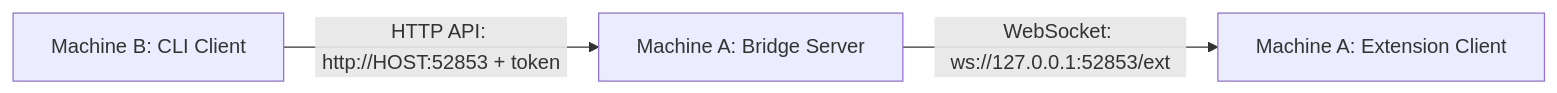
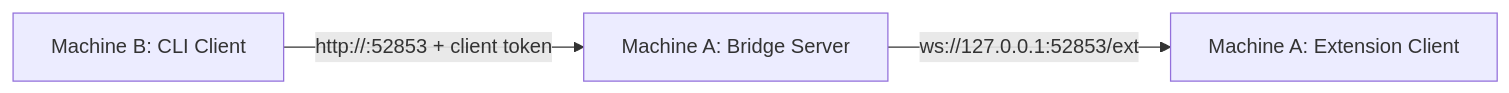
One commit to dreamhunter2333/browser-bridge-cli changed the third of 4 diagrams in README.md. Above: the diagram before and after it, drawn with Mermaid. The commit also changed other lines of this file and 1 other file, not shown here.

````diff
--- a/README.md
+++ b/README.md
@@ -87,9 +92,9 @@
 ```mermaid
 graph LR
     CLI["Machine B: CLI Client"]
     Bridge["Machine A: Bridge Server"]
     Ext["Machine A: Extension Client"]
 
-    CLI -->|"HTTP API: http://HOST:52853 + token"| Bridge
-    Bridge -->|"WebSocket: ws://127.0.0.1:52853/ext"| Ext
+    CLI -->|"http://<browser-machine-ip>:52853 + client token"| Bridge
+    Bridge -->|"ws://127.0.0.1:52853/ext"| Ext
 ```
````
